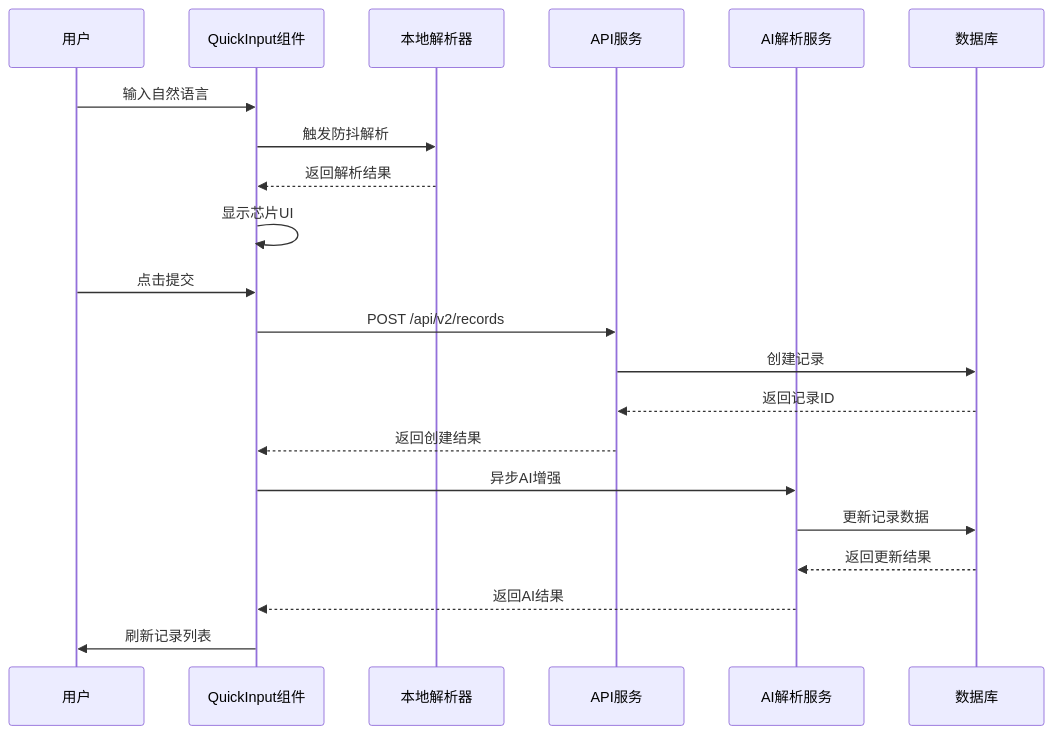
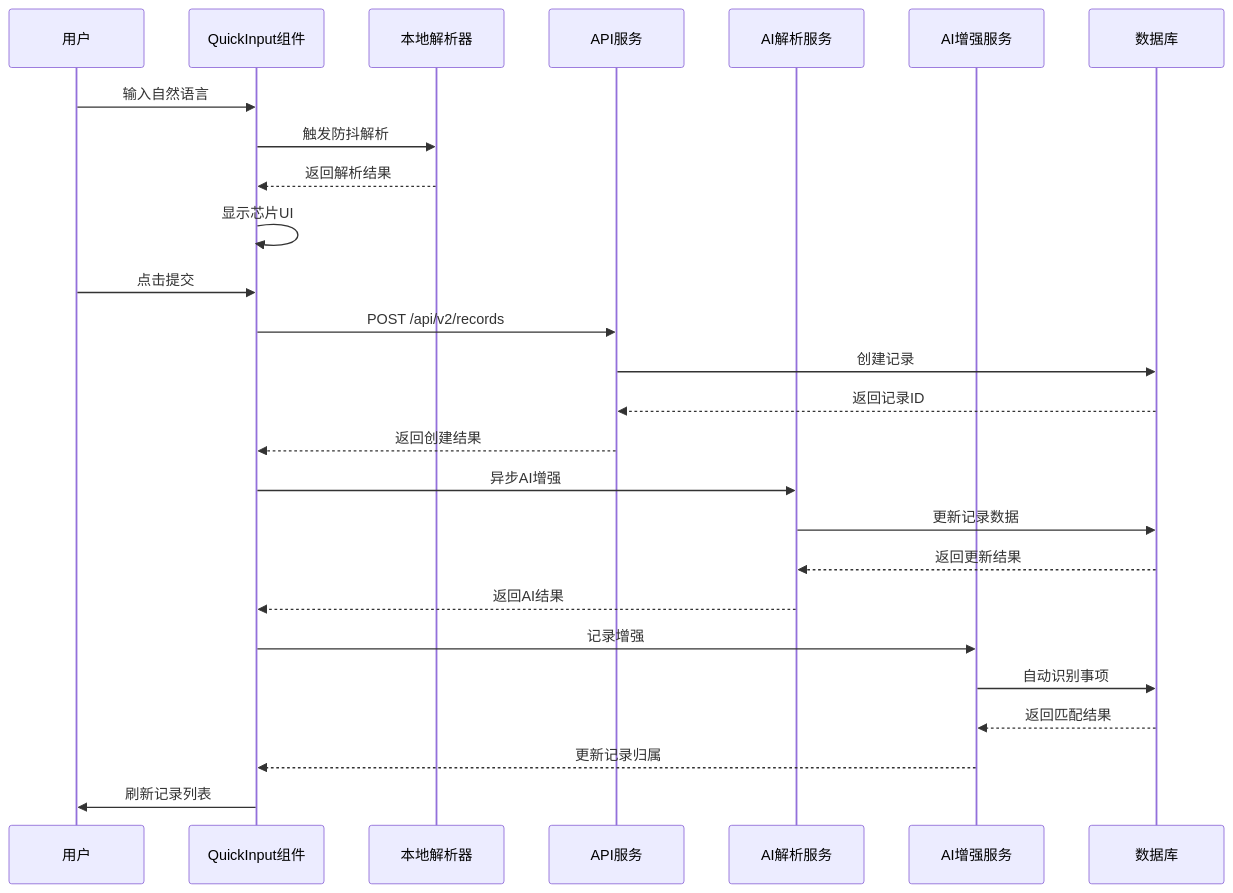
Before and after one commit to bbong1234/TETO: the second of 7 diagrams in .qoder/repowiki/zh/content/核心功能模块/记录管理系统/记录录入功能.md, drawn with Mermaid. The commit also changed other lines of this file and 134 other files, not shown here.

````diff
--- a/.qoder/repowiki/zh/content/核心功能模块/记录管理系统/记录录入功能.md
+++ b/.qoder/repowiki/zh/content/核心功能模块/记录管理系统/记录录入功能.md
@@ -132,23 +163,28 @@
 ```mermaid
 sequenceDiagram
 participant User as 用户
 participant QuickInput as QuickInput组件
 participant LocalParser as 本地解析器
 participant APIService as API服务
 participant AIService as AI解析服务
+participant EnhanceAI as AI增强服务
 participant DB as 数据库
 User->>QuickInput : 输入自然语言
 QuickInput->>LocalParser : 触发防抖解析
 LocalParser-->>QuickInput : 返回解析结果
 QuickInput->>QuickInput : 显示芯片UI
 User->>QuickInput : 点击提交
 QuickInput->>APIService : POST /api/v2/records
 APIService->>DB : 创建记录
 DB-->>APIService : 返回记录ID
 APIService-->>QuickInput : 返回创建结果
 QuickInput->>AIService : 异步AI增强
 AIService->>DB : 更新记录数据
 DB-->>AIService : 返回更新结果
 AIService-->>QuickInput : 返回AI结果
+QuickInput->>EnhanceAI : 记录增强
+EnhanceAI->>DB : 自动识别事项
+DB-->>EnhanceAI : 返回匹配结果
+EnhanceAI-->>QuickInput : 更新记录归属
 QuickInput->>User : 刷新记录列表
 ```
````
